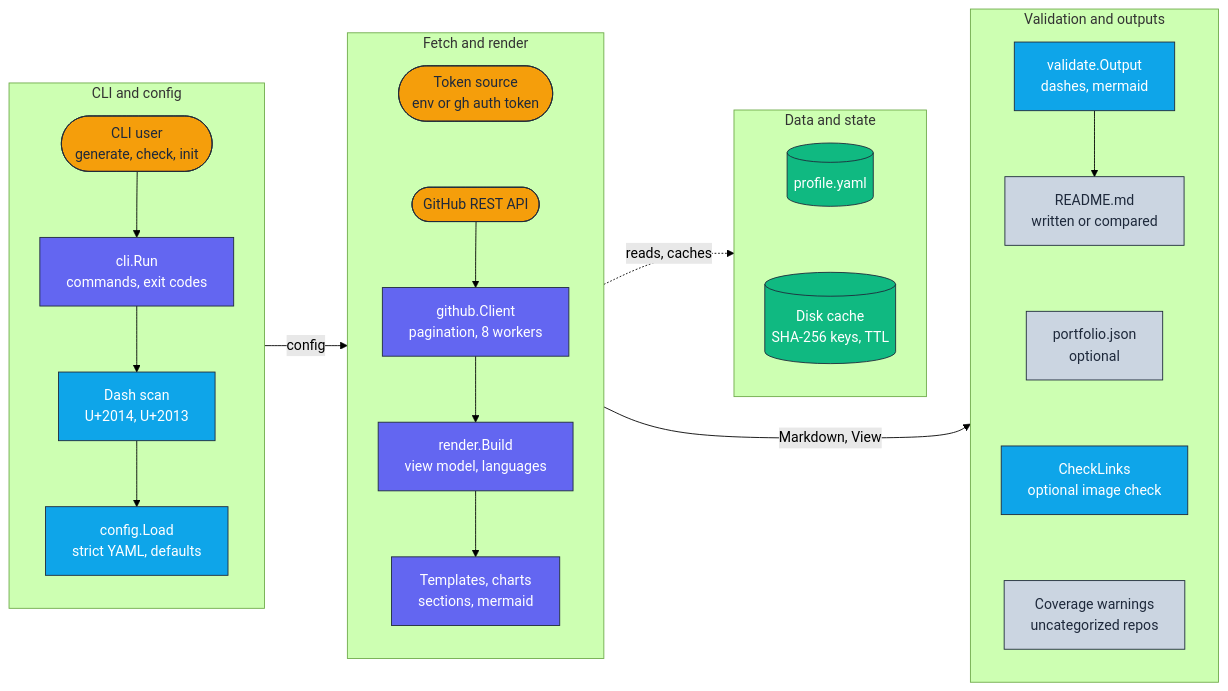
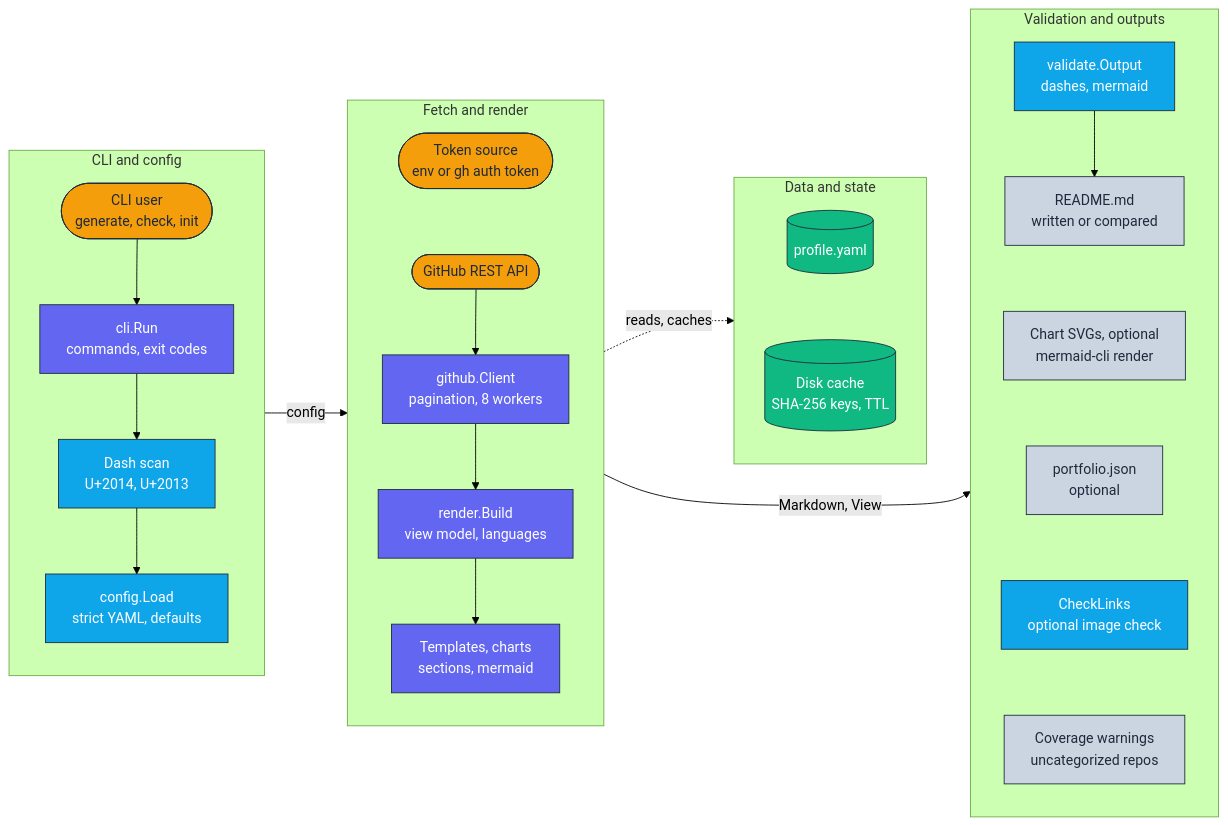
One commit to adeoluo/profile-forge changed the diagram in docs/architecture/architecture.mmd. Above: the diagram before and after it, drawn with Mermaid (forest theme). The commit also changed 11 other files, not shown here.

Commit message:
feat: render the profile charts to SVG in a shared mermaid theme, and a path chart direction option (#17)

```diff
--- a/docs/architecture/architecture.mmd
+++ b/docs/architecture/architecture.mmd
@@ -1,47 +1,48 @@
 flowchart LR
     classDef edge     fill:#F59E0B,stroke:#1E293B,color:#1E293B,stroke-width:1px;
     classDef core     fill:#6366F1,stroke:#1E293B,color:#ffffff,stroke-width:1px;
     classDef data     fill:#10B981,stroke:#1E293B,color:#ffffff,stroke-width:1px;
     classDef control  fill:#0EA5E9,stroke:#1E293B,color:#ffffff,stroke-width:1px;
     classDef obs      fill:#CBD5E1,stroke:#1E293B,color:#1E293B,stroke-width:1px;
 
     subgraph Interfaces["CLI and config"]
         direction TB
         User(["CLI user<br/>generate, check, init"]):::edge
         Cli["cli.Run<br/>commands, exit codes"]:::core
         Dashes["Dash scan<br/>U+2014, U+2013"]:::control
         Config["config.Load<br/>strict YAML, defaults"]:::control
         User --> Cli --> Dashes --> Config
     end
 
     subgraph Core["Fetch and render"]
         direction TB
         Token(["Token source<br/>env or gh auth token"]):::edge
         Api(["GitHub REST API"]):::edge
         Client["github.Client<br/>pagination, 8 workers"]:::core
         Build["render.Build<br/>view model, languages"]:::core
         Tmpl["Templates, charts<br/>sections, mermaid"]:::core
         Token ~~~ Api --> Client --> Build --> Tmpl
     end
 
     subgraph State["Data and state"]
         direction TB
         Yaml[("profile.yaml")]:::data
         Cache[("Disk cache<br/>SHA-256 keys, TTL")]:::data
         Yaml ~~~ Cache
     end
 
     subgraph Obs["Validation and outputs"]
         direction TB
         Validate["validate.Output<br/>dashes, mermaid"]:::control
         Readme["README.md<br/>written or compared"]:::obs
         Json["portfolio.json<br/>optional"]:::obs
         Links["CheckLinks<br/>optional image check"]:::control
         Coverage["Coverage warnings<br/>uncategorized repos"]:::obs
-        Validate --> Readme ~~~ Json ~~~ Links ~~~ Coverage
+        Charts["Chart SVGs, optional<br/>mermaid-cli render"]:::obs
+        Validate --> Readme ~~~ Charts ~~~ Json ~~~ Links ~~~ Coverage
     end
 
     Interfaces -->|config| Core
     Core -.->|reads, caches| State
     State ~~~ Obs
     Core -->|Markdown, View| Obs
```
